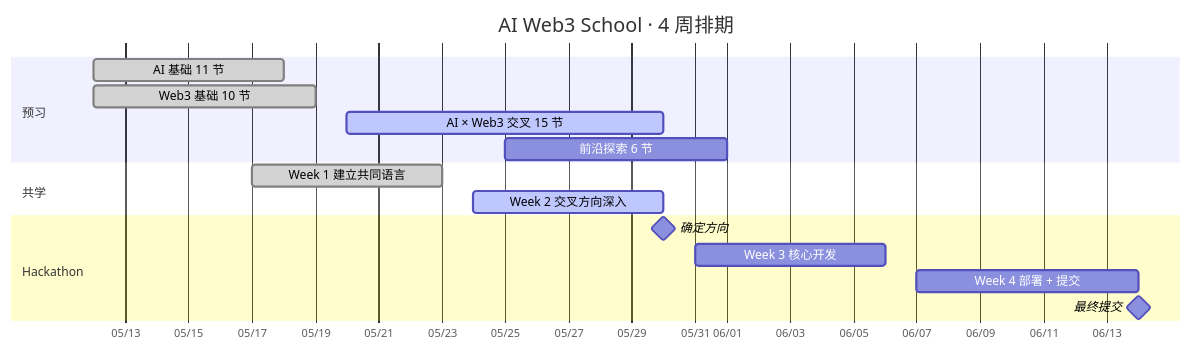
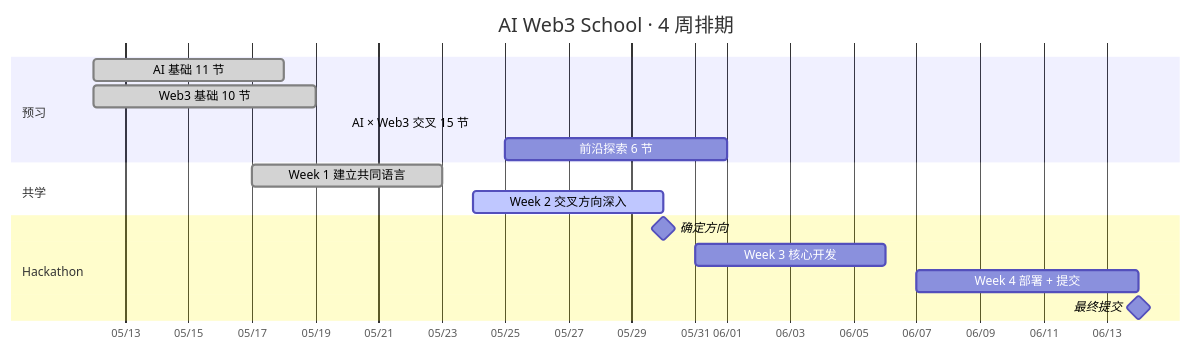
The first of 5 diagrams in README.md (Aafff623/web3career-study-track), drawn with Mermaid before and after one commit. The commit also changed other lines of this file and 36 other files, not shown here.

````diff
--- a/README.md
+++ b/README.md
@@ -33,22 +33,22 @@
 ```mermaid
 gantt
     title AI Web3 School · 4 周排期
     dateFormat YYYY-MM-DD
     axisFormat %m/%d
 
     section 预习
     AI 基础 11 节           :done, pre1, 2026-05-12, 2026-05-18
     Web3 基础 10 节         :done, pre2, 2026-05-12, 2026-05-19
-    AI × Web3 交叉 15 节    :active, pre3, 2026-05-20, 2026-05-30
+    AI × Web3 交叉 15 节    :done, pre3, 2026-05-20, 2026-05-20
     前沿探索 6 节           :pre4, 2026-05-25, 2026-06-01
 
     section 共学
     Week 1 建立共同语言      :done, w1, 2026-05-17, 2026-05-23
     Week 2 交叉方向深入      :active, w2, 2026-05-24, 2026-05-30
 
     section Hackathon
     确定方向                :milestone, m1, 2026-05-30, 0d
     Week 3 核心开发          :h1, 2026-05-31, 2026-06-06
     Week 4 部署 + 提交       :h2, 2026-06-07, 2026-06-14
     最终提交                :milestone, m2, 2026-06-14, 0d
 ```
````
